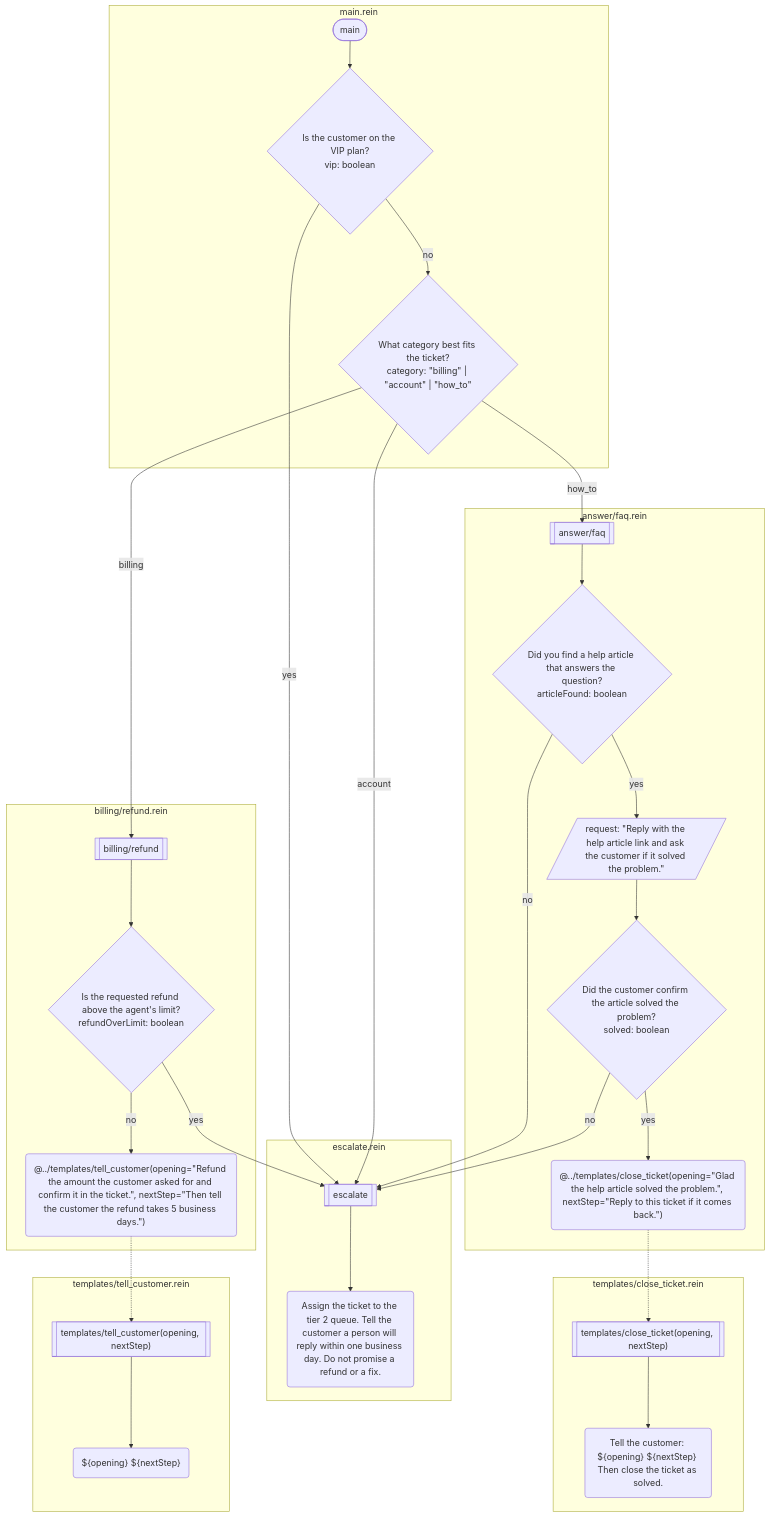
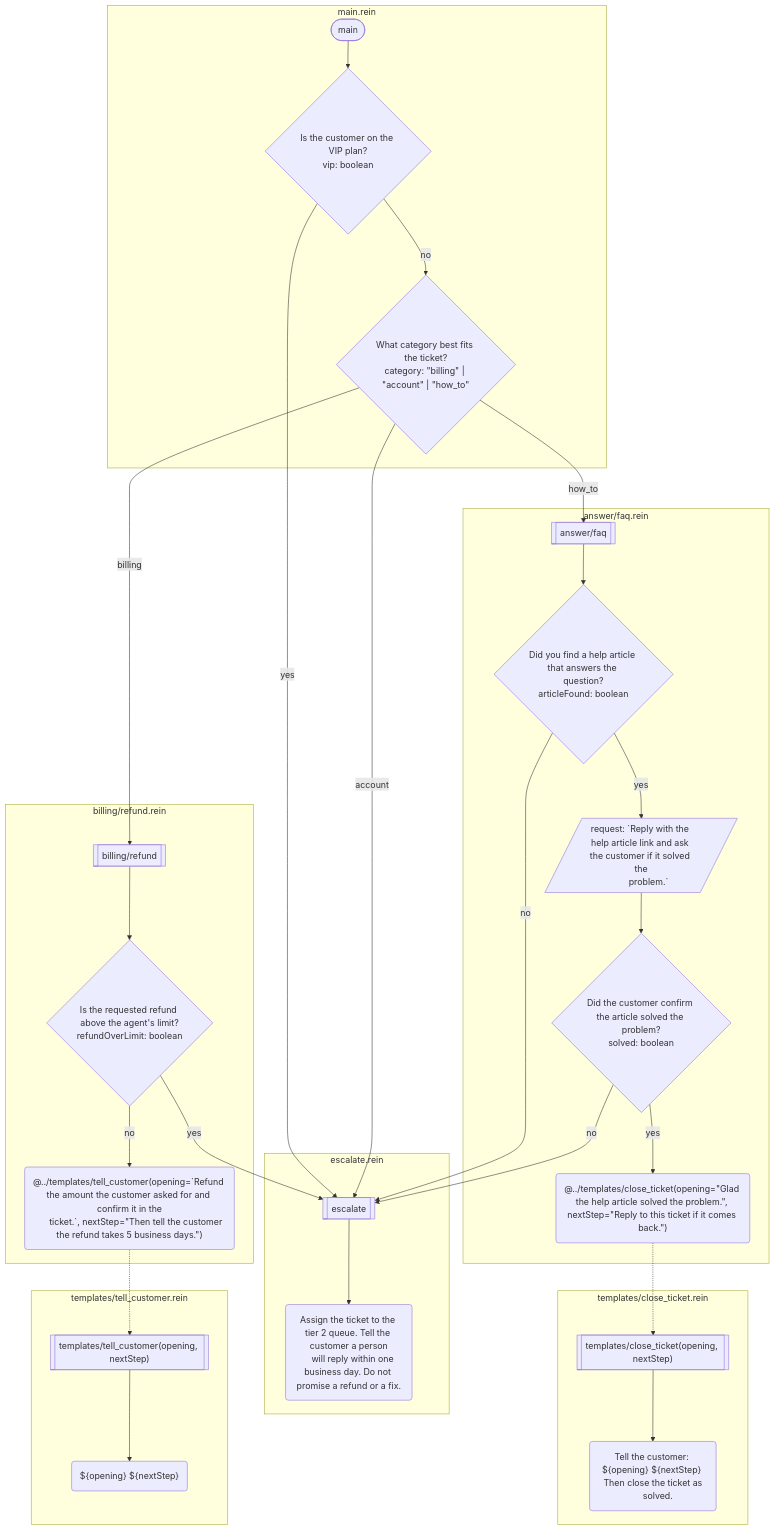
One commit to rein-lang/rein changed the diagram in website/docs/examples/support-ticket.md. Above: the diagram before and after it, drawn with Mermaid. The commit also changed 34 other files, not shown here.

````diff
--- a/website/docs/examples/support-ticket.md
+++ b/website/docs/examples/support-ticket.md
@@ -11,52 +11,52 @@
 ```mermaid
 flowchart TD
     subgraph s0 ["answer/faq.rein"]
         f0[["answer/faq"]]
         f0_0{"Did you find a help article that answers the question?<br/>articleFound: boolean"}
-        f0_1[/"request: #quot;Reply with the help article link and ask the customer if it solved the problem.#quot;"/]
+        f0_1[/"request: #96;Reply with the help article link and ask the customer if it solved the<br/>      problem.#96;"/]
         f0_2{"Did the customer confirm the article solved the problem?<br/>solved: boolean"}
         f0_3("@../templates/close_ticket(opening=#quot;Glad the help article solved the problem.#quot;, nextStep=#quot;Reply to this ticket if it comes back.#quot;)")
     end
     subgraph s1 ["billing/refund.rein"]
         f1[["billing/refund"]]
         f1_0{"Is the requested refund above the agent's limit?<br/>refundOverLimit: boolean"}
-        f1_1("@../templates/tell_customer(opening=#quot;Refund the amount the customer asked for and confirm it in the ticket.#quot;, nextStep=#quot;Then tell the customer the refund takes 5 business days.#quot;)")
+        f1_1("@../templates/tell_customer(opening=#96;Refund the amount the customer asked for and confirm it in the<br/>      ticket.#96;, nextStep=#quot;Then tell the customer the refund takes 5 business days.#quot;)")
     end
     subgraph s2 ["escalate.rein"]
         f2[["escalate"]]
-        f2_0("Assign the ticket to the tier 2 queue. Tell the customer a person will reply within one business day. Do not promise a refund or a fix.")
+        f2_0("Assign the ticket to the tier 2 queue. Tell the customer a person<br/>    will reply within one business day. Do not promise a refund or a fix.")
     end
     subgraph s3 ["main.rein"]
         f3(["main"])
         f3_0{"Is the customer on the VIP plan?<br/>vip: boolean"}
         f3_1{"What category best fits the ticket?<br/>category: #quot;billing#quot; | #quot;account#quot; | #quot;how_to#quot;"}
     end
     subgraph s4 ["templates/close_ticket.rein"]
         f4[["templates/close_ticket(opening, nextStep)"]]
-        f4_0("Tell the customer: ${opening} ${nextStep} Then close the ticket as solved.")
+        f4_0("Tell the customer: ${opening} ${nextStep} Then close the ticket as<br/>    solved.")
     end
     subgraph s5 ["templates/tell_customer.rein"]
         f5[["templates/tell_customer(opening, nextStep)"]]
         f5_0("${opening} ${nextStep}")
     end
     f0 --> f0_0
     f0_0 -->|"no"| f2
     f0_0 -->|"yes"| f0_1
     f0_1 --> f0_2
     f0_2 -->|"yes"| f0_3
     f0_3 -.-> f4
     f0_2 -->|"no"| f2
     f1 --> f1_0
     f1_0 -->|"yes"| f2
     f1_0 -->|"no"| f1_1
     f1_1 -.-> f5
     f2 --> f2_0
     f3 --> f3_0
     f3_0 -->|"yes"| f2
     f3_0 -->|"no"| f3_1
     f3_1 -->|"billing"| f1
     f3_1 -->|"account"| f2
     f3_1 -->|"how_to"| f0
     f4 --> f4_0
     f5 --> f5_0
 ```
````
